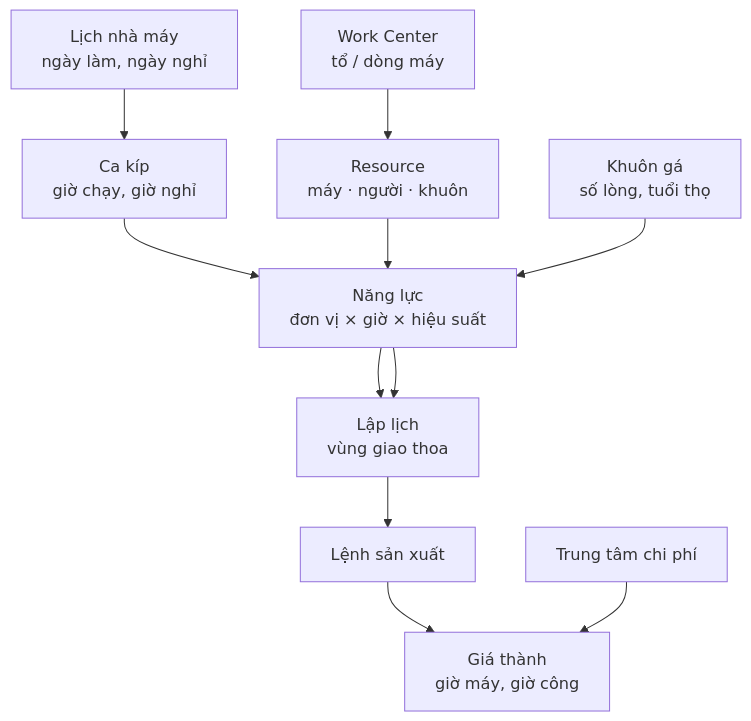
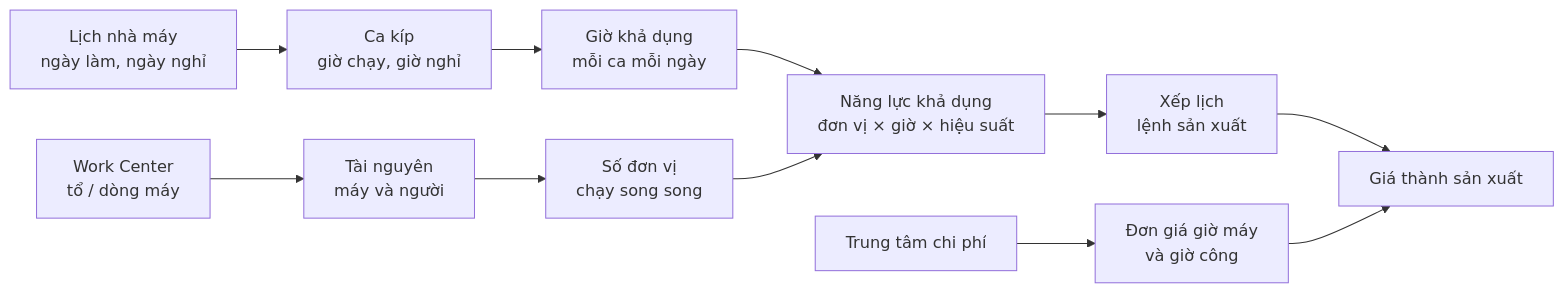
One commit to thanvanhai/thanvanhai.github.io changed the diagram in docs/erp-nghiep-vu/3-san-xuat/ky-thuat/1000-work-center-va-nang-luc.md. Above: the diagram before and after it, drawn with Mermaid. The commit also changed other lines of this file and 46 other files, not shown here.

````diff
--- a/docs/erp-nghiep-vu/3-san-xuat/ky-thuat/1000-work-center-va-nang-luc.md
+++ b/docs/erp-nghiep-vu/3-san-xuat/ky-thuat/1000-work-center-va-nang-luc.md
@@ -30,13 +30,13 @@
 ```mermaid
-flowchart TB
-    WC["Work Center<br/>tổ / dòng máy"] --> RES["Resource<br/>máy · người · khuôn"]
+flowchart LR
     CAL["Lịch nhà máy<br/>ngày làm, ngày nghỉ"] --> SHIFT["Ca kíp<br/>giờ chạy, giờ nghỉ"]
-    SHIFT --> CAP["Năng lực<br/>đơn vị × giờ × hiệu suất"]
-    RES --> CAP
-    TOOL["Khuôn gá<br/>số lòng, tuổi thọ"] --> CAP
-    CAP --> SCHED["Lập lịch<br/>vùng giao thoa"]
-    SCHED --> JOB["Lệnh sản xuất"]
-    JOB --> COST["Giá thành<br/>giờ máy, giờ công"]
-    CC["Trung tâm chi phí"] --> COST
-    CAP --> SCHED
+    SHIFT --> AVL["Giờ khả dụng<br/>mỗi ca mỗi ngày"]
+    WC["Work Center<br/>tổ / dòng máy"] --> RES["Tài nguyên<br/>máy và người"]
+    RES --> UNITS["Số đơn vị<br/>chạy song song"]
+    AVL --> CAP["Năng lực khả dụng<br/>đơn vị × giờ × hiệu suất"]
+    UNITS --> CAP
+    CAP --> SCHED["Xếp lịch<br/>lệnh sản xuất"]
+    CC["Trung tâm chi phí"] --> RATE["Đơn giá giờ máy<br/>và giờ công"]
+    SCHED --> COST["Giá thành sản xuất"]
+    RATE --> COST
 ```
````
